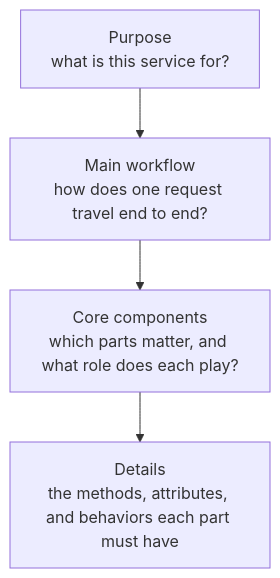
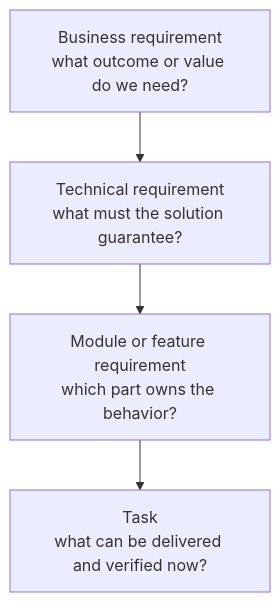
Before and after one commit to locchh/blogs: the diagram in src/content/blog/through_a_seniors_eyes.md, drawn with Mermaid. The commit also changed other lines of this file and 2 other files, not shown here.

````diff
--- a/src/content/blog/through_a_seniors_eyes.md
+++ b/src/content/blog/through_a_seniors_eyes.md
@@ -24,6 +26,6 @@
 ```mermaid
 graph TD
-    A["Purpose<br/>what is this service for?"] --> B["Main workflow<br/>how does one request travel end to end?"]
-    B --> C["Core components<br/>which parts matter, and what role does each play?"]
-    C --> D["Details<br/>the methods, attributes, and behaviors each part must have"]
+    A["Business requirement<br/>what outcome or value do we need?"] --> B["Technical requirement<br/>what must the solution guarantee?"]
+    B --> C["Module or feature requirement<br/>which part owns the behavior?"]
+    C --> D["Task<br/>what can be delivered and verified now?"]
 ```
````
